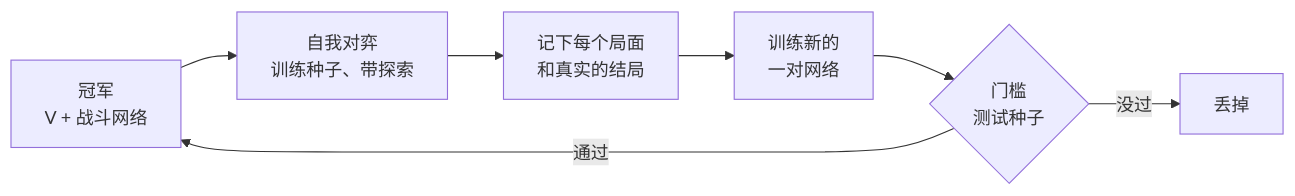
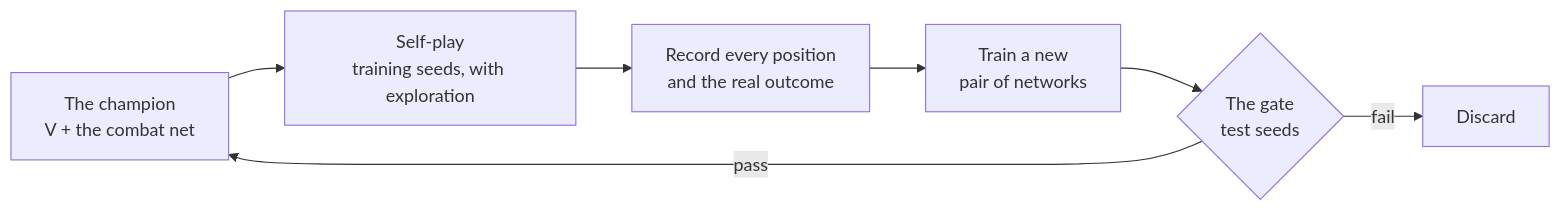
Before and after one commit to shinnku-nikaidou/spire-zero: the diagram in docs/src/content/docs/learning.mdx, drawn with Mermaid. The commit also changed other lines of this file and 83 other files, not shown here.

````diff
--- a/docs/src/content/docs/learning.mdx
+++ b/docs/src/content/docs/learning.mdx
@@ -8,9 +8,9 @@
 ```mermaid
 flowchart LR
-  C["冠军<br/>V + 战斗网络"] --> S["自我对弈<br/>训练种子、带探索"]
-  S --> L["记下每个局面<br/>和真实的结局"]
-  L --> T["训练新的<br/>一对网络"]
-  T --> G{"门槛<br/>测试种子"}
-  G -->|"通过"| C
-  G -->|"没过"| D["丢掉"]
+  C["The champion<br/>V + the combat net"] --> S["Self-play<br/>training seeds, with exploration"]
+  S --> L["Record every position<br/>and the real outcome"]
+  L --> T["Train a new<br/>pair of networks"]
+  T --> G{"The gate<br/>test seeds"}
+  G -->|"pass"| C
+  G -->|"fail"| D["Discard"]
 ```
````
